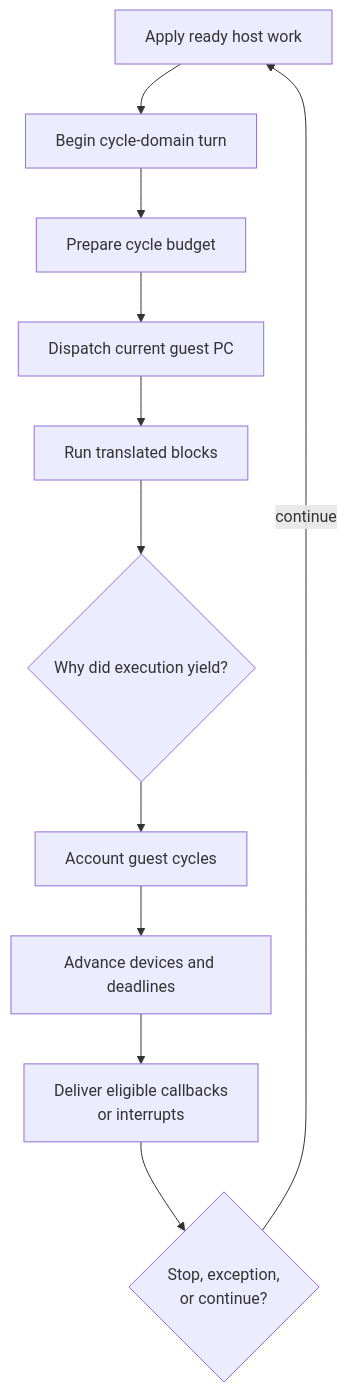
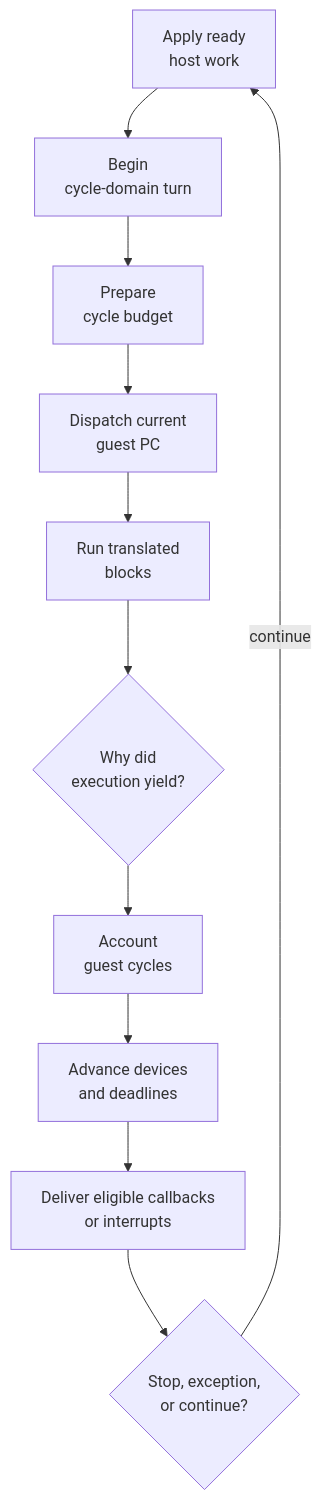
One commit to Aelbannan/boat_of_daphnes changed the second of 4 diagrams in docs/architecture/GameThread.md. Above: the diagram before and after it, drawn with Mermaid. The commit also changed other lines of this file and 1 other file, not shown here.

Commit message:
docs: prevent game-thread diagram truncation

````diff
--- a/docs/architecture/GameThread.md
+++ b/docs/architecture/GameThread.md
@@ -83,17 +83,17 @@
 ```mermaid
 flowchart TD
-    Ready["Apply ready host work"]
-    Begin["Begin cycle-domain turn"]
-    Budget["Prepare cycle budget"]
-    Dispatch["Dispatch current guest PC"]
-    Run["Run translated blocks"]
-    Boundary{"Why did execution yield?"}
-    Account["Account guest cycles"]
-    Devices["Advance devices and deadlines"]
+    Ready["Apply ready<br/>host work"]
+    Begin["Begin<br/>cycle-domain turn"]
+    Budget["Prepare<br/>cycle budget"]
+    Dispatch["Dispatch current<br/>guest PC"]
+    Run["Run translated<br/>blocks"]
+    Boundary{"Why did<br/>execution yield?"}
+    Account["Account<br/>guest cycles"]
+    Devices["Advance devices<br/>and deadlines"]
     Deliver["Deliver eligible callbacks<br/>or interrupts"]
     Outcome{"Stop, exception,<br/>or continue?"}
 
     Ready --> Begin --> Budget --> Dispatch --> Run --> Boundary
     Boundary --> Account --> Devices --> Deliver --> Outcome
     Outcome -->|"continue"| Ready
 ```
````
